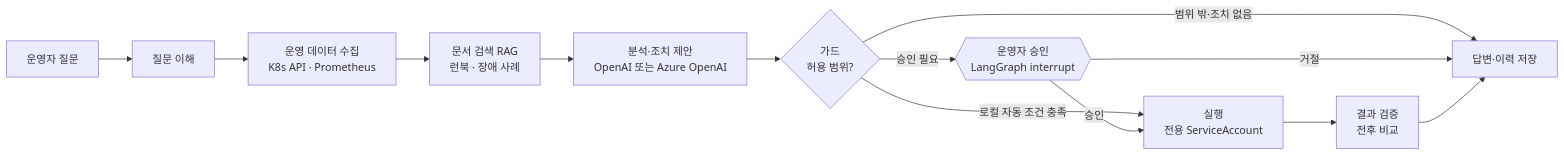
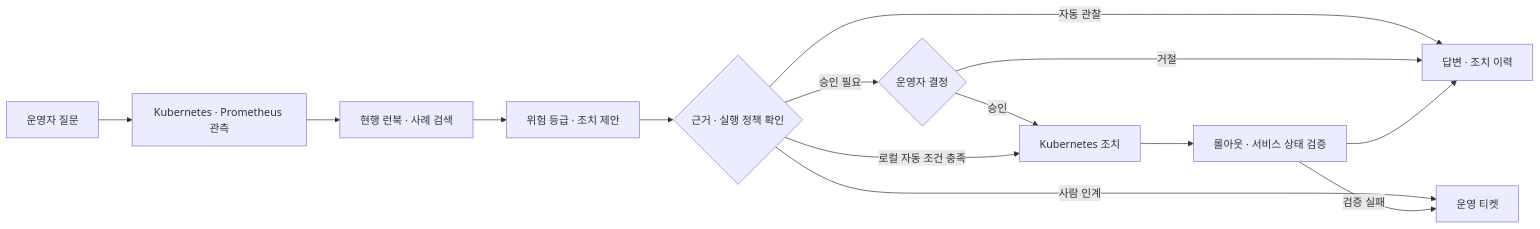
The diagram in README.md (rudans601/DataCenterUsedAws), drawn with Mermaid before and after one commit. The commit also changed other lines of this file, not shown here.

````diff
--- a/README.md
+++ b/README.md
@@ -8,10 +19,16 @@
 ```mermaid
 flowchart LR
-  Q[운영자 질문] --> U[질문 이해] --> C[운영 데이터 수집<br/>K8s API · Prometheus] --> R[문서 검색 RAG<br/>런북 · 장애 사례] --> A[분석·조치 제안<br/>OpenAI 또는 Azure OpenAI]
-  A --> G{가드<br/>허용 범위?}
-  G -- 범위 밖·조치 없음 --> P[답변·이력 저장]
-  G -- 로컬 자동 조건 충족 --> X
-  G -- 승인 필요 --> H{{운영자 승인<br/>LangGraph interrupt}}
-  H -- 거절 --> P
-  H -- 승인 --> X[실행<br/>전용 ServiceAccount] --> V[결과 검증<br/>전후 비교] --> P
+    Q["운영자 질문"] --> C["Kubernetes · Prometheus 관측"]
+    C --> R["현행 런북 · 사례 검색"]
+    R --> A["위험 등급 · 조치 제안"]
+    A --> G{"근거 · 실행 정책 확인"}
+    G -->|"자동 관찰"| P["답변 · 조치 이력"]
+    G -->|"사람 인계"| T["운영 티켓"]
+    G -->|"승인 필요"| H{"운영자 결정"}
+    H -->|"거절"| P
+    H -->|"승인"| X["Kubernetes 조치"]
+    G -->|"로컬 자동 조건 충족"| X
+    X --> V["롤아웃 · 서비스 상태 검증"]
+    V --> P
+    V -->|"검증 실패"| T
 ```
````
